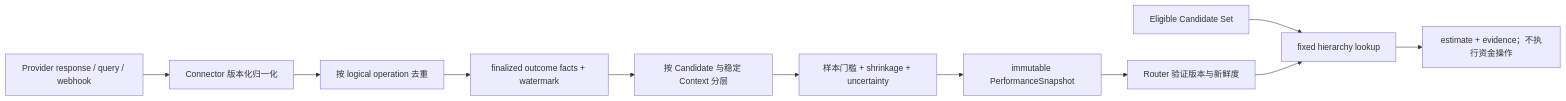
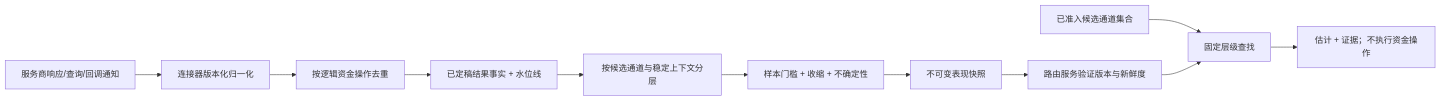
One commit to YouEclipse/Designing-Modern-Payment-Systems changed the second of 4 diagrams in part-2-routing-engine/success-rate-routing.md. Above: the diagram before and after it, drawn with Mermaid. The commit also changed other lines of this file and 59 other files, not shown here.

````diff
--- a/part-2-routing-engine/success-rate-routing.md
+++ b/part-2-routing-engine/success-rate-routing.md
@@ -121,13 +121,13 @@
 ```mermaid
 flowchart LR
-    Raw["Provider response / query / webhook"] --> Normalize["Connector 版本化归一化"]
-    Normalize --> Dedup["按 logical operation 去重"]
-    Dedup --> Final["finalized outcome facts + watermark"]
-    Final --> Segment["按 Candidate 与稳定 Context 分层"]
-    Segment --> Estimate["样本门槛 + shrinkage + uncertainty"]
-    Estimate --> Artifact["immutable PerformanceSnapshot"]
-    Artifact --> Validate["Router 验证版本与新鲜度"]
-    Eligibility["Eligible Candidate Set"] --> Lookup["fixed hierarchy lookup"]
+    Raw["服务商响应/查询/回调通知"] --> Normalize["连接器版本化归一化"]
+    Normalize --> Dedup["按逻辑资金操作去重"]
+    Dedup --> Final["已定稿结果事实 + 水位线"]
+    Final --> Segment["按候选通道与稳定上下文分层"]
+    Segment --> Estimate["样本门槛 + 收缩 + 不确定性"]
+    Estimate --> Artifact["不可变表现快照"]
+    Artifact --> Validate["路由服务验证版本与新鲜度"]
+    Eligibility["已准入候选通道集合"] --> Lookup["固定层级查找"]
     Validate --> Lookup
-    Lookup --> Feature["estimate + evidence；不执行资金操作"]
+    Lookup --> Feature["估计 + 证据；不执行资金操作"]
 ```
````
